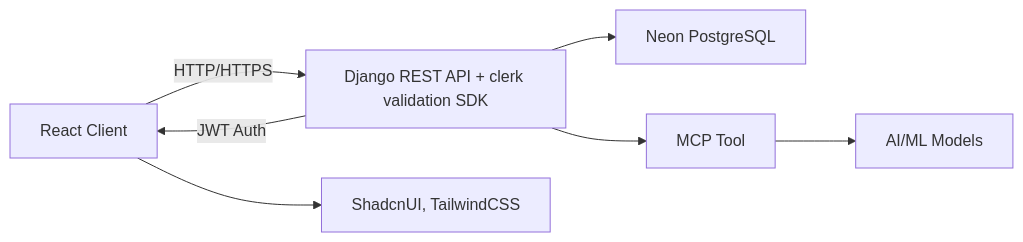
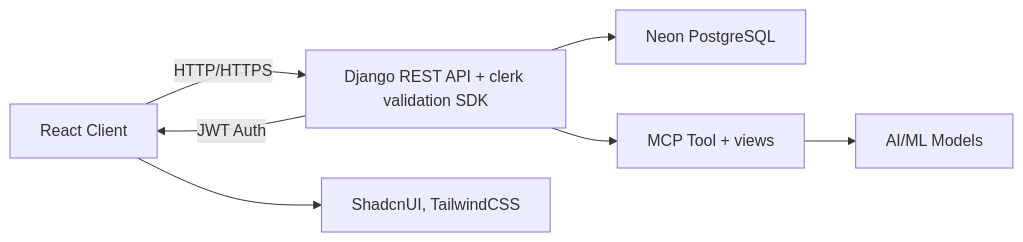
Before and after one commit to unmatched78/Note-LearnI: the diagram in README.md, drawn with Mermaid.

````diff
--- a/README.md
+++ b/README.md
@@ -81,8 +81,8 @@
 ```mermaid
 flowchart LR
     A[React Client] -- HTTP/HTTPS --> B[Django REST API + clerk validation SDK]
     B --> C[Neon PostgreSQL]
     B -- JWT Auth --> A
-    B --> D[MCP Tool] --> E[AI/ML Models]
+    B --> D[MCP Tool + views] --> E[AI/ML Models]
     A --> F[ShadcnUI, TailwindCSS]
 ```
````
